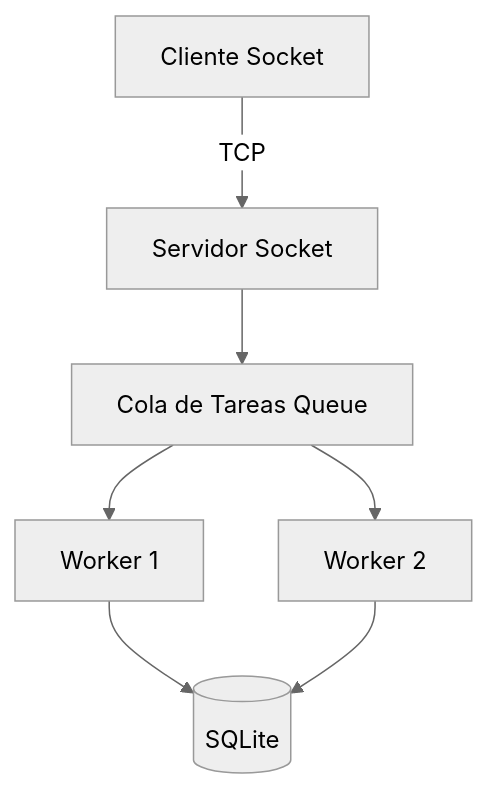
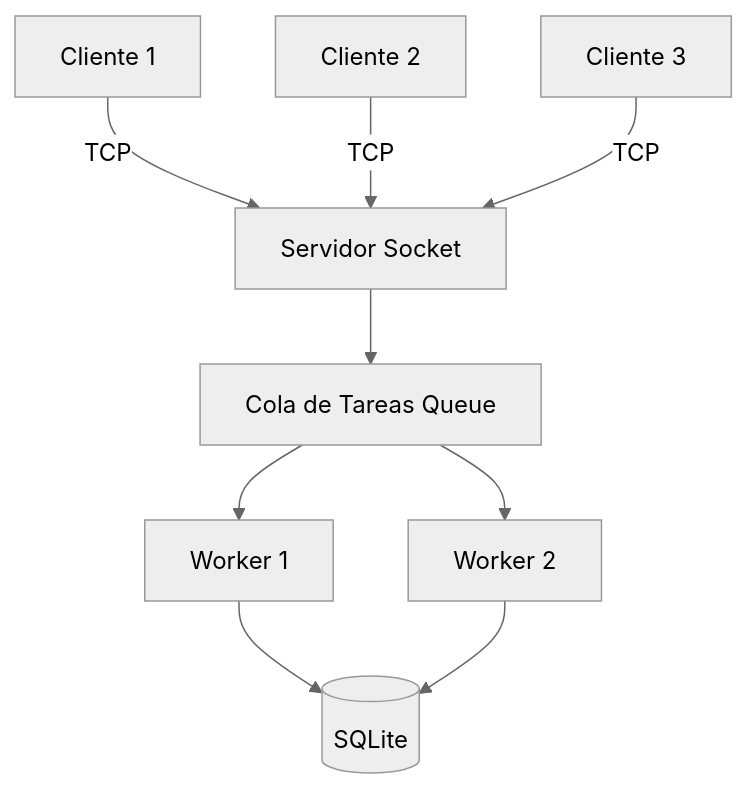
The second of 2 diagrams in README.md (ACPurrinos/pfo3-sistema-distribuido), drawn with Mermaid (neutral theme) before and after one commit.

Commit message:
arreglar readme

````diff
--- a/README.md
+++ b/README.md
@@ -61,24 +61,28 @@
 ```mermaid
 flowchart TD
 
-    C[Cliente Socket]
+    C1[Cliente 1]
+    C2[Cliente 2]
+    C3[Cliente 3]
 
     S[Servidor Socket]
 
     Q[Cola de Tareas Queue]
 
     W1[Worker 1]
     W2[Worker 2]
 
     DB[(SQLite)]
 
-    C -->|TCP| S
+    C1 -->|TCP| S
+    C2 -->|TCP| S
+    C3 -->|TCP| S
 
     S --> Q
 
     Q --> W1
     Q --> W2
 
     W1 --> DB
     W2 --> DB
 ```
````
